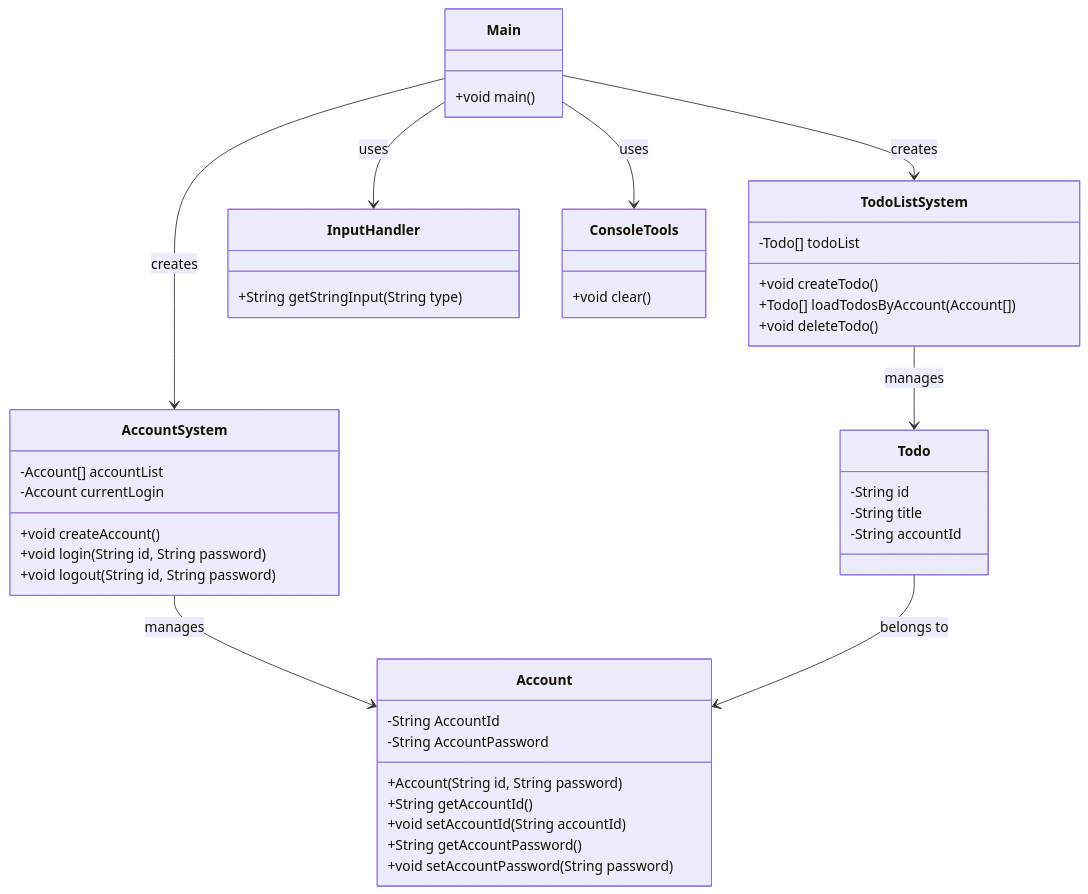
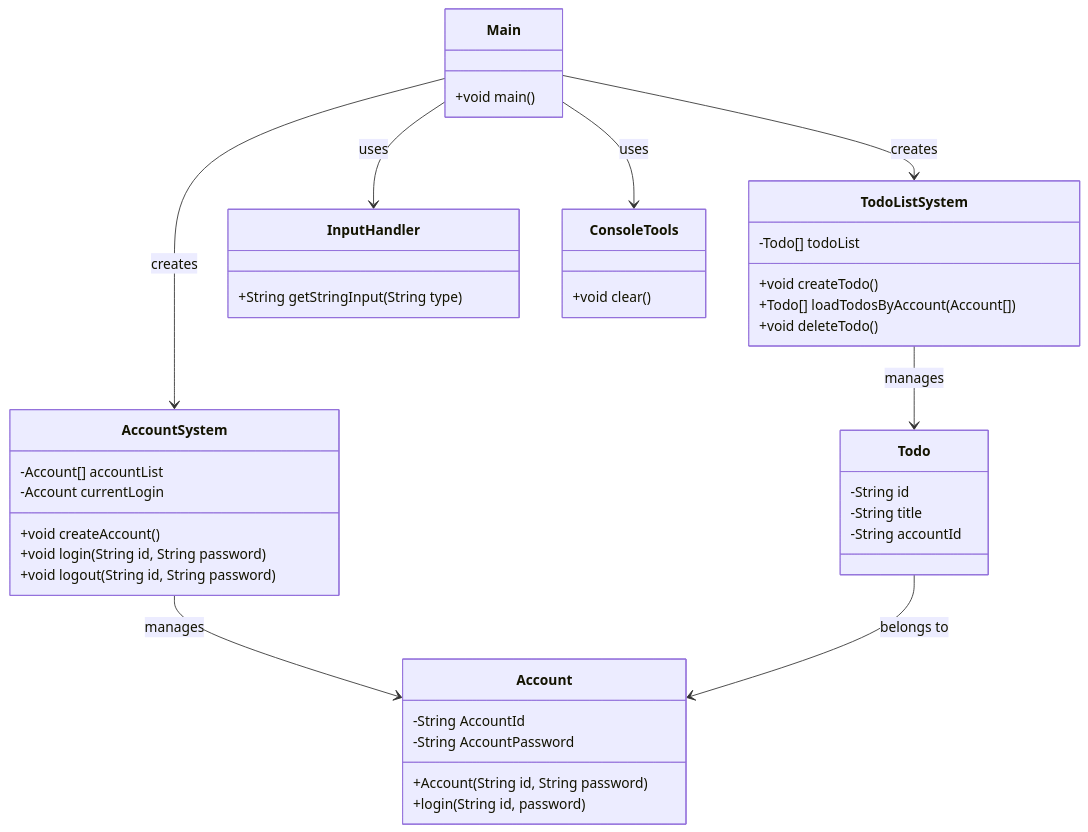
Before and after one commit to gwongibeom/java_scratch: the diagram in src/TodoListWithAccountSystem/todo-list-class-diagram.mermaid, drawn with Mermaid. The commit also changed 1 other file, not shown here.

```diff
--- a/src/TodoListWithAccountSystem/todo-list-class-diagram.mermaid
+++ b/src/TodoListWithAccountSystem/todo-list-class-diagram.mermaid
@@ -1,51 +1,48 @@
 classDiagram
     class Todo {
         -String id
         -String title
         -String accountId
     }
 
     class TodoListSystem {
         -Todo[] todoList
         +void createTodo()
         +Todo[] loadTodosByAccount(Account[])
         +void deleteTodo()
     }
 
     class Account {
         -String AccountId
         -String AccountPassword
         +Account(String id, String password)
-        +String getAccountId()
-        +void setAccountId(String accountId)
-        +String getAccountPassword()
-        +void setAccountPassword(String password)
+        +login(String id, password)
     }
 
     class AccountSystem {
         -Account[] accountList
         -Account currentLogin
         +void createAccount()
         +void login(String id, String password)
         +void logout(String id, String password)
     }
 
     class InputHandler {
         +String getStringInput(String type)
     }
 
     class ConsoleTools {
         +void clear()
     }
 
     class Main {
         +void main()
     }
 
     Main --> AccountSystem : creates
     Main --> TodoListSystem : creates
     Main --> InputHandler : uses
     Main --> ConsoleTools : uses
     TodoListSystem --> Todo : manages
     AccountSystem --> Account : manages
     Todo --> Account : belongs to
```
